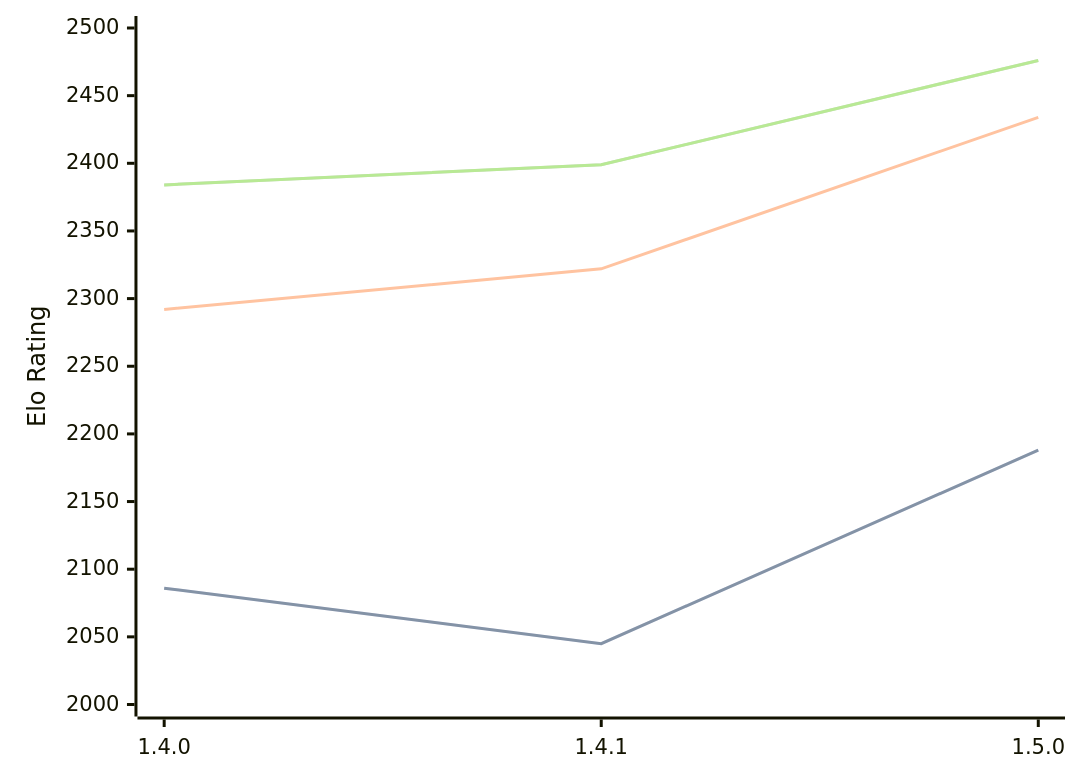
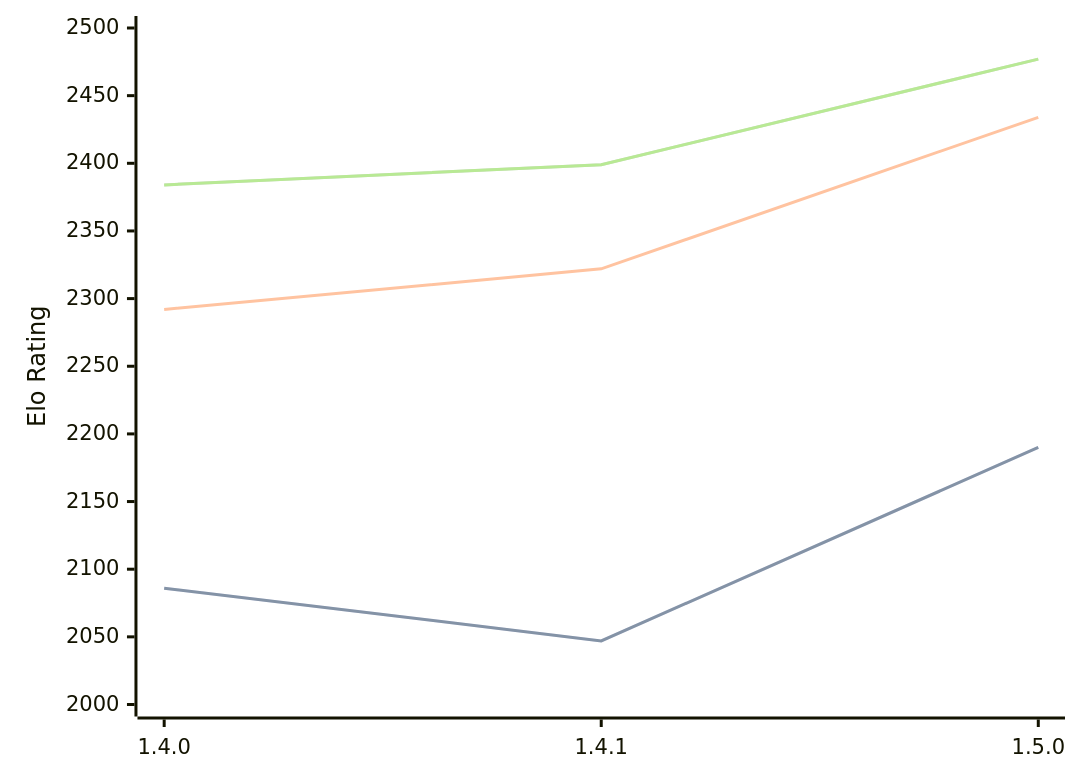
The diagram in engines/Tofiks.md (computer-chess-index/cci), drawn with Mermaid before and after one commit. The commit also changed other lines of this file, not shown here.

Commit message:
Update CCI Ratings (ELO VLTC) - 2026-09-08

````diff
--- a/engines/Tofiks.md
+++ b/engines/Tofiks.md
@@ -33,11 +33,11 @@
 ```mermaid
 %%{init: {"theme":"base","themeVariables":{"seriesColors:['#a3a3a3','#222221','#faa371']}}}%%
 xychart-beta
   x-axis ["1.4.0", "1.4.1", "1.5.0"]
   y-axis "Elo Rating" 2000 --> 2500
-  line "" [2086, 2045, 2188]
-  line "STC (8.0+0.08s)" [2086, 2045, 2188]
+  line "" [2086, 2047, 2190]
+  line "STC (8.0+0.08s)" [2086, 2047, 2190]
   line "LTC (60.0+0.60s)" [2292, 2322, 2434]
-  line "" [2384, 2399, 2476]
-  line "VLTC (2m24s+1.12s)" [2384, 2399, 2476]
+  line "" [2384, 2399, 2477]
+  line "VLTC (2m24s+1.12s)" [2384, 2399, 2477]
 ```
````
